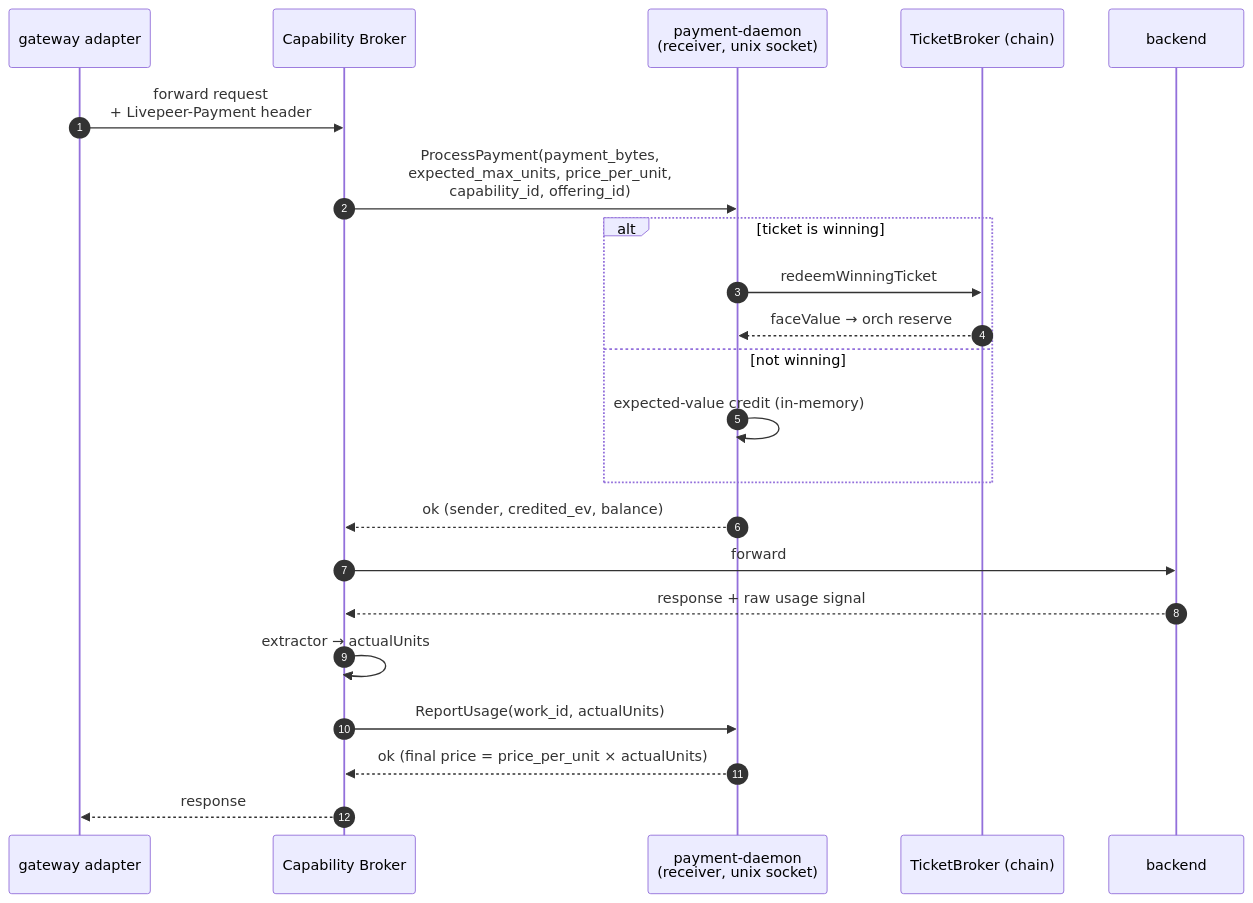
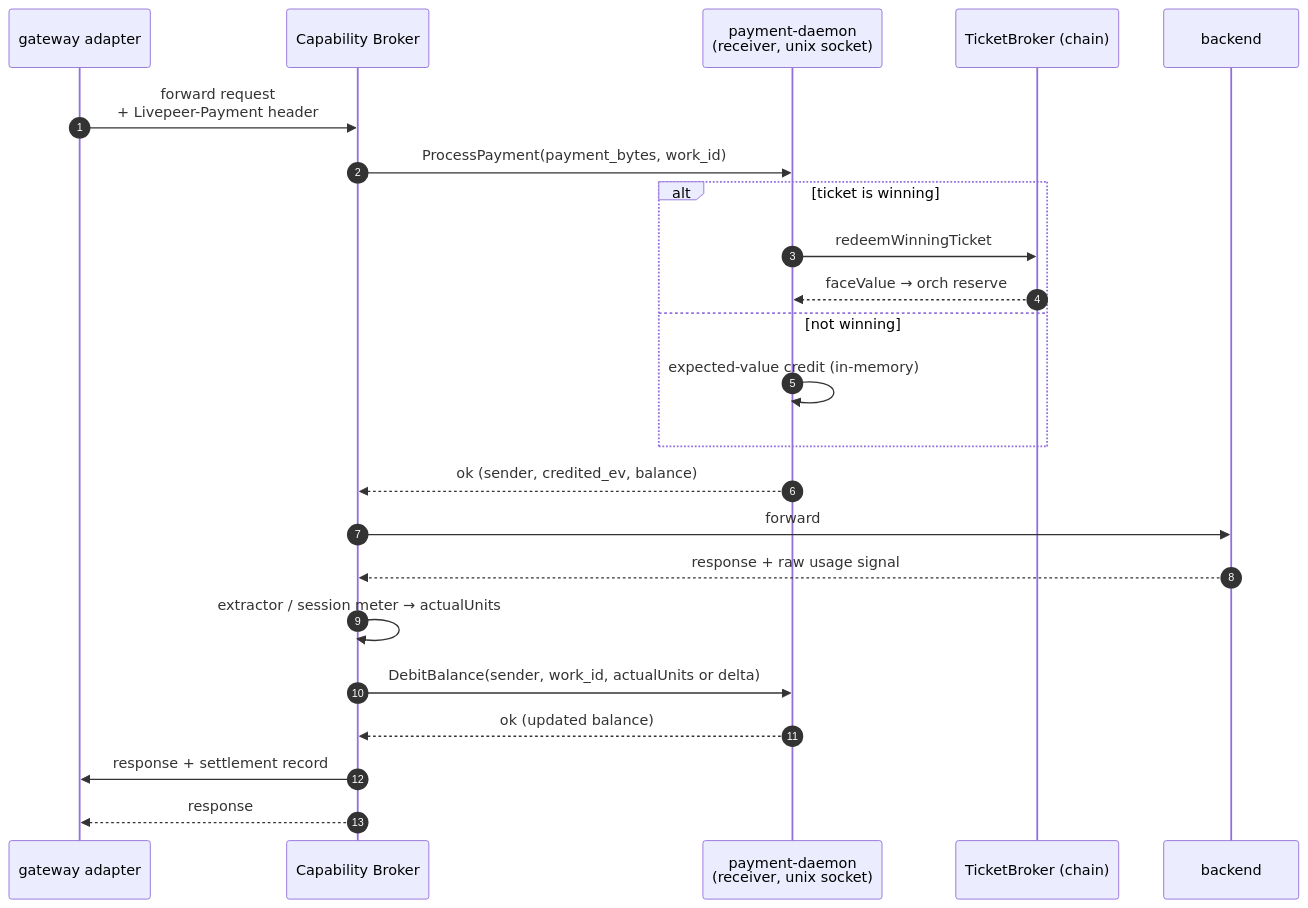
Before and after one commit to Cloud-SPE/livepeer-network-modules: the third of 3 diagrams in docs/design-docs/payment-daemon-interactions.md, drawn with Mermaid. The commit also changed other lines of this file and 31 other files, not shown here.

````diff
--- a/docs/design-docs/payment-daemon-interactions.md
+++ b/docs/design-docs/payment-daemon-interactions.md
@@ -268,25 +283,26 @@
 ```mermaid
 sequenceDiagram
     autonumber
     participant GW as gateway adapter
     participant Broker as Capability Broker
     participant Receiver as payment-daemon<br/>(receiver, unix socket)
     participant TB as TicketBroker (chain)
     participant Backend as backend
 
     GW->>Broker: forward request<br/>+ Livepeer-Payment header
-    Broker->>Receiver: ProcessPayment(payment_bytes,<br/>expected_max_units, price_per_unit,<br/>capability_id, offering_id)
+    Broker->>Receiver: ProcessPayment(payment_bytes, work_id)
     alt ticket is winning
         Receiver->>TB: redeemWinningTicket
         TB-->>Receiver: faceValue → orch reserve
     else not winning
         Receiver->>Receiver: expected-value credit (in-memory)
     end
     Receiver-->>Broker: ok (sender, credited_ev, balance)
     Broker->>Backend: forward
     Backend-->>Broker: response + raw usage signal
-    Broker->>Broker: extractor → actualUnits
-    Broker->>Receiver: ReportUsage(work_id, actualUnits)
-    Receiver-->>Broker: ok (final price = price_per_unit × actualUnits)
+    Broker->>Broker: extractor / session meter → actualUnits
+    Broker->>Receiver: DebitBalance(sender, work_id, actualUnits or delta)
+    Receiver-->>Broker: ok (updated balance)
+    Broker->>GW: response + settlement record
     Broker-->>GW: response
 ```
````
